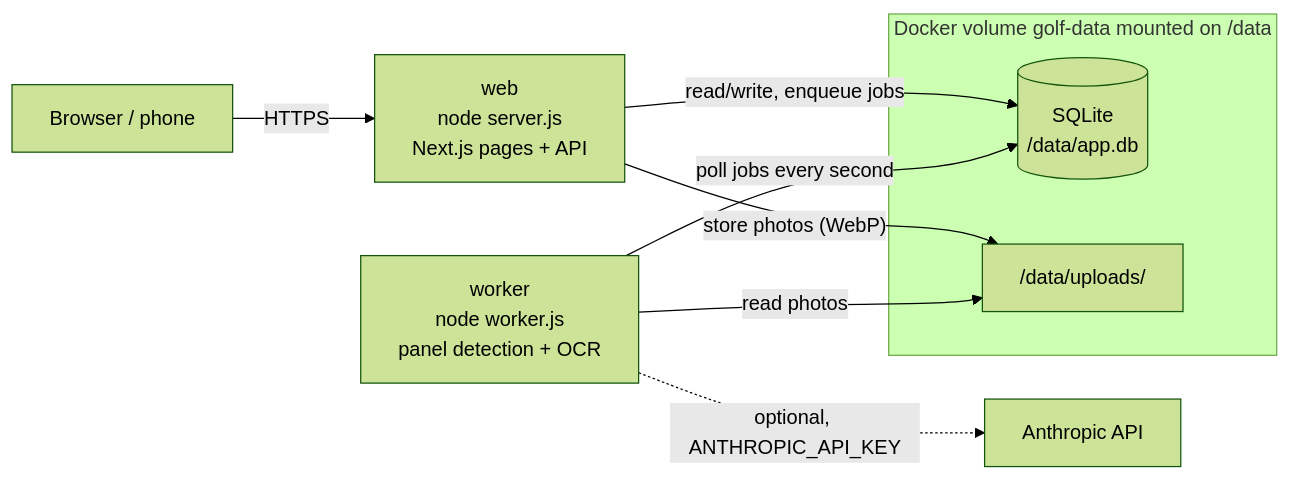
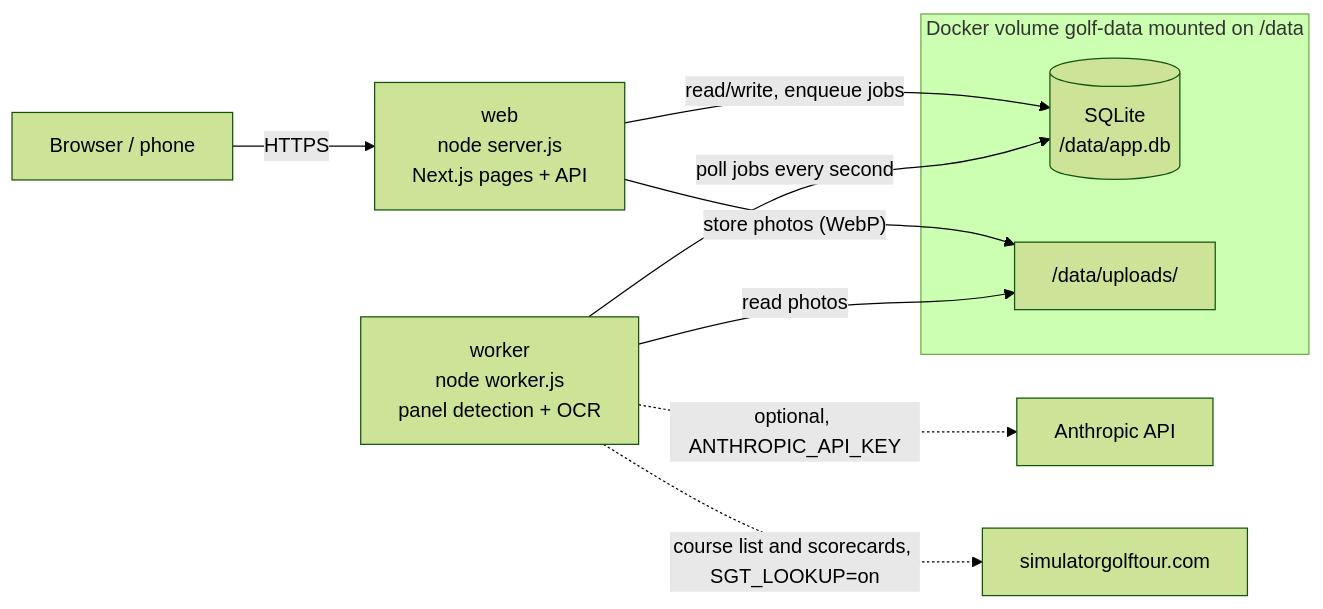
The diagram in docs/architecture.md (emmpaul/golf-handicaps), drawn with Mermaid (forest theme) before and after one commit. The commit also changed other lines of this file and 66 other files, not shown here.

First line of the commit message:
feat!: rate courses with course rating and slope from SGT (#47)

````diff
--- a/docs/architecture.md
+++ b/docs/architecture.md
@@ -10,13 +10,14 @@
 ```mermaid
 flowchart LR
   browser["Browser / phone"] -->|HTTPS| web["web<br/>node server.js<br/>Next.js pages + API"]
   web -->|"read/write, enqueue jobs"| db[("SQLite<br/>/data/app.db")]
   worker["worker<br/>node worker.js<br/>panel detection + OCR"] -->|"poll jobs every second"| db
   web -->|"store photos (WebP)"| uploads["/data/uploads/"]
   worker -->|"read photos"| uploads
   worker -.->|"optional, ANTHROPIC_API_KEY"| claude["Anthropic API"]
+  worker -.->|"course list and scorecards, SGT_LOOKUP=on"| sgt["simulatorgolftour.com"]
   subgraph volume["Docker volume golf-data mounted on /data"]
     db
     uploads
   end
 ```
````
